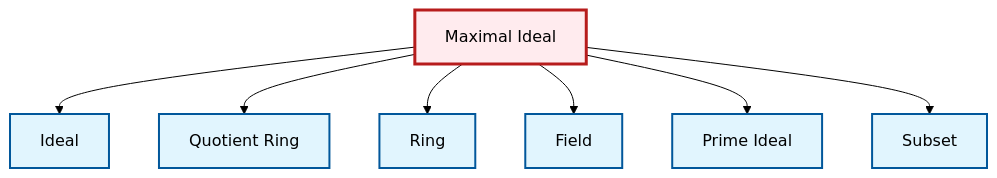
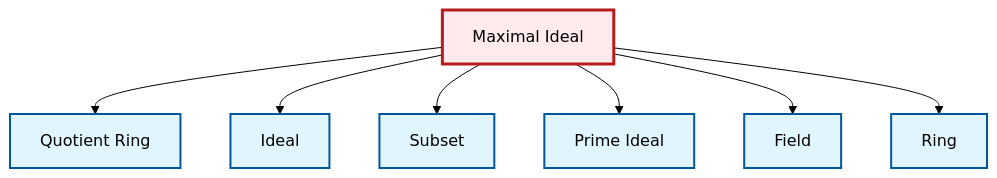
The diagram in output/mermaid/en/def-maximal-ideal.mermaid (RK0429/ModernMath), drawn with Mermaid (forest theme) before and after one commit. The commit also changed other lines of this file and 3108 other files, not shown here.

```diff
--- a/output/mermaid/en/def-maximal-ideal.mermaid
+++ b/output/mermaid/en/def-maximal-ideal.mermaid
@@ -1,20 +1,20 @@
 graph TD
     classDef definition fill:#e1f5fe,stroke:#01579b,stroke-width:2px
     classDef theorem fill:#f3e5f5,stroke:#4a148c,stroke-width:2px
     classDef axiom fill:#fff3e0,stroke:#e65100,stroke-width:2px
     classDef example fill:#e8f5e9,stroke:#1b5e20,stroke-width:2px
     classDef current fill:#ffebee,stroke:#b71c1c,stroke-width:3px
     def-maximal-ideal["Maximal Ideal"]:::definition
-    def-quotient-ring["Quotient Ring"]:::definition
-    def-prime-ideal["Prime Ideal"]:::definition
-    def-field["Field"]:::definition
-    def-subset["Subset"]:::definition
     def-ring["Ring"]:::definition
     def-ideal["Ideal"]:::definition
+    def-subset["Subset"]:::definition
+    def-field["Field"]:::definition
+    def-prime-ideal["Prime Ideal"]:::definition
+    def-quotient-ring["Quotient Ring"]:::definition
+    def-maximal-ideal --> def-quotient-ring
     def-maximal-ideal --> def-ideal
-    def-maximal-ideal --> def-quotient-ring
+    def-maximal-ideal --> def-subset
+    def-maximal-ideal --> def-prime-ideal
+    def-maximal-ideal --> def-field
     def-maximal-ideal --> def-ring
-    def-maximal-ideal --> def-field
-    def-maximal-ideal --> def-prime-ideal
-    def-maximal-ideal --> def-subset
     class def-maximal-ideal current
```
